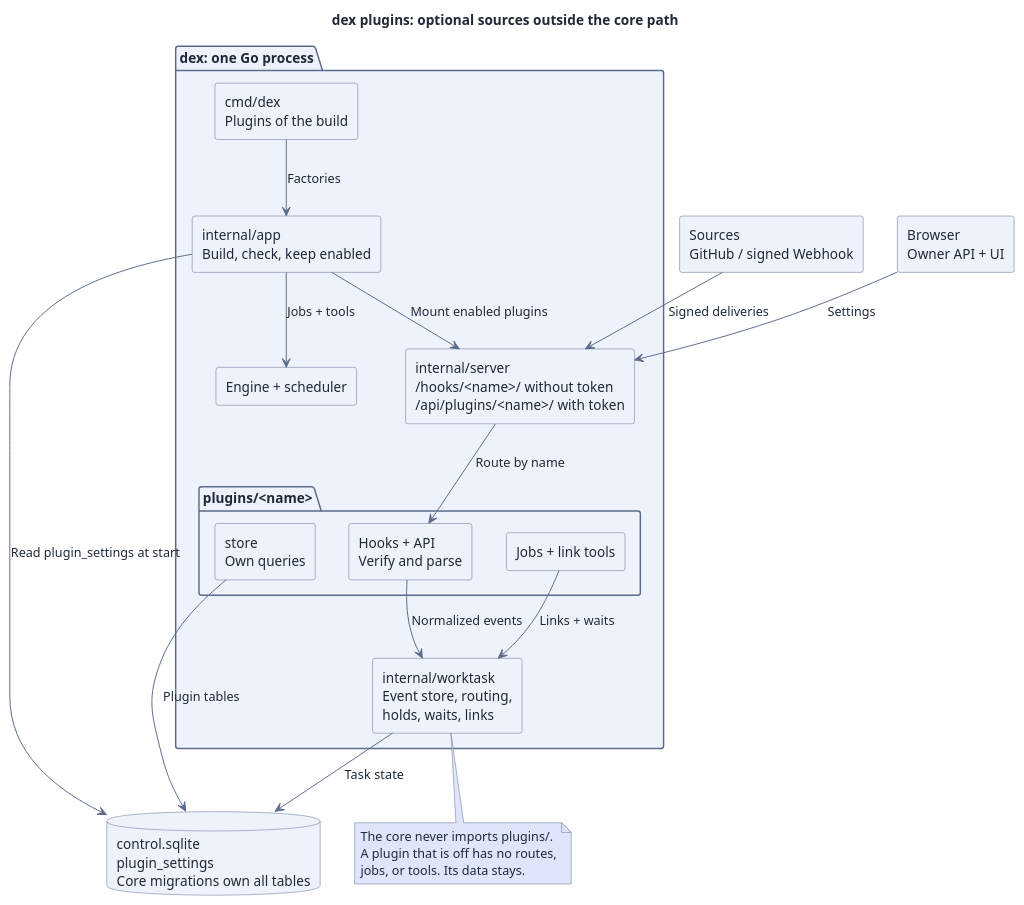
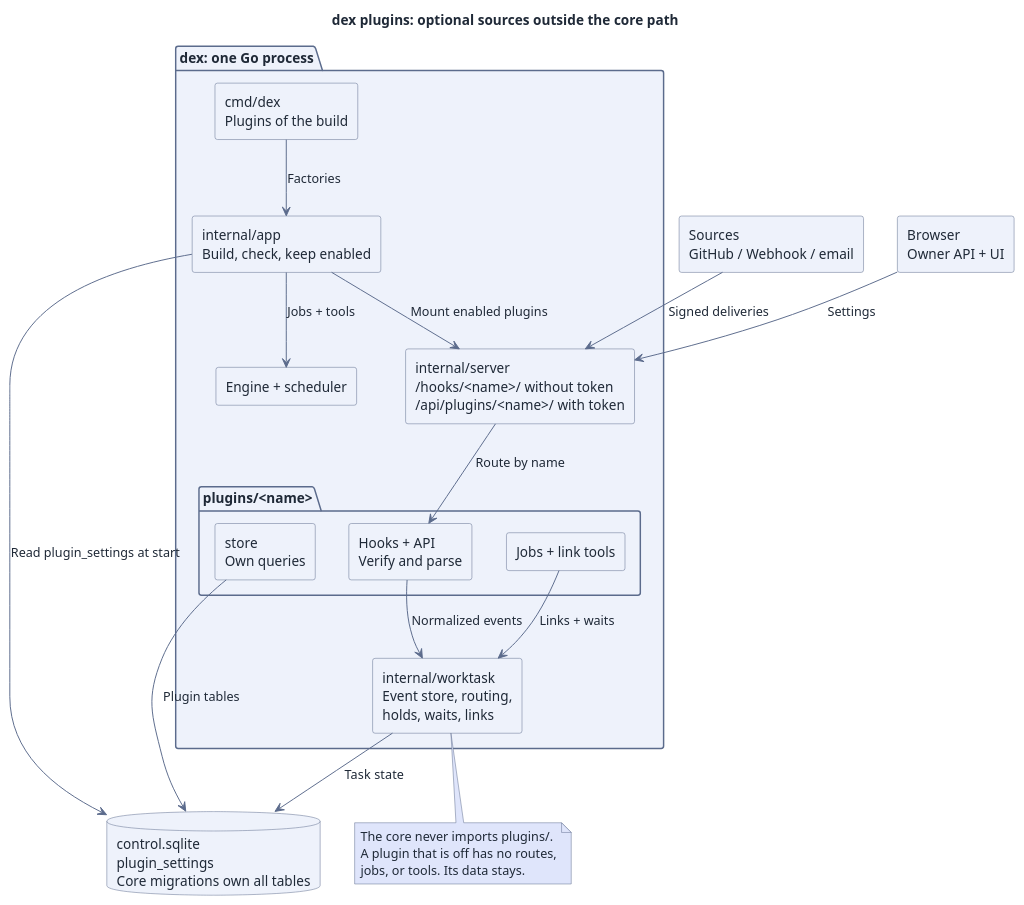
Before and after one commit to recally-io/dex: the diagram in assets/src/plugins.puml, drawn with PlantUML. The commit also changed 27 other files, not shown here.

```diff
--- a/assets/src/plugins.puml
+++ b/assets/src/plugins.puml
@@ -1,85 +1,85 @@
 @startuml
 skinparam RectangleBackgroundColor #eef2fb
 skinparam RectangleBorderColor #5b6b8c
 skinparam RectangleFontColor #1f2937
 skinparam ComponentBackgroundColor #eef2fb
 skinparam ComponentBorderColor #5b6b8c
 skinparam ComponentFontColor #1f2937
 skinparam ClassBackgroundColor #eef2fb
 skinparam ClassBorderColor #5b6b8c
 skinparam ClassFontColor #1f2937
 skinparam UsecaseBackgroundColor #eef2fb
 skinparam UsecaseBorderColor #5b6b8c
 skinparam UsecaseFontColor #1f2937
 skinparam DatabaseBackgroundColor #eef2fb
 skinparam DatabaseBorderColor #5b6b8c
 skinparam DatabaseFontColor #1f2937
 skinparam NodeBackgroundColor #eef2fb
 skinparam NodeBorderColor #5b6b8c
 skinparam NodeFontColor #1f2937
 skinparam ActorBackgroundColor #eef2fb
 skinparam ActorBorderColor #5b6b8c
 skinparam ActorFontColor #1f2937
 skinparam StateBackgroundColor #eef2fb
 skinparam StateBorderColor #5b6b8c
 skinparam StateFontColor #1f2937
 skinparam ArtifactBackgroundColor #eef2fb
 skinparam ArtifactBorderColor #5b6b8c
 skinparam ArtifactFontColor #1f2937
 skinparam CloudBackgroundColor #eef2fb
 skinparam CloudBorderColor #5b6b8c
 skinparam CloudFontColor #1f2937
 skinparam FolderBackgroundColor #eef2fb
 skinparam FolderBorderColor #5b6b8c
 skinparam FolderFontColor #1f2937
 skinparam PackageBackgroundColor #eef2fb
 skinparam PackageBorderColor #5b6b8c
 skinparam DefaultFontColor #1f2937
 skinparam ArrowColor #5b6b8c
 skinparam ArrowFontColor #1f2937
 skinparam NoteBackgroundColor #dfe5fb
 skinparam NoteBorderColor #5b6b8c
 skinparam NoteFontColor #1f2937
 skinparam stereotypeABackgroundColor #d9e3f4
 skinparam stereotypeABorderColor #5b6b8c
 skinparam stereotypeCBackgroundColor #d9e3f4
 skinparam stereotypeCBorderColor #5b6b8c
 skinparam stereotypeEBackgroundColor #d9e3f4
 skinparam stereotypeEBorderColor #5b6b8c
 skinparam stereotypeIBackgroundColor #d9e3f4
 skinparam stereotypeIBorderColor #5b6b8c
 skinparam BackgroundColor #ffffff
 title dex plugins: optional sources outside the core path
 top to bottom direction
-rectangle "Sources\nGitHub / signed Webhook" as sources
+rectangle "Sources\nGitHub / Webhook / email" as sources
 rectangle "Browser\nOwner API + UI" as browser
 package "dex: one Go process" as runtime {
   rectangle "cmd/dex\nPlugins of the build" as cmd
   rectangle "internal/app\nBuild, check, keep enabled" as app
   rectangle "internal/server\n/hooks/<name>/ without token\n/api/plugins/<name>/ with token" as server
   package "plugins/<name>" as plugin {
     rectangle "Hooks + API\nVerify and parse" as handlers
     rectangle "Jobs + link tools" as extras
     rectangle "store\nOwn queries" as pstore
   }
   rectangle "internal/worktask\nEvent store, routing,\nholds, waits, links" as worktask
   rectangle "Engine + scheduler" as core
 }
 database "control.sqlite\nplugin_settings\nCore migrations own all tables" as cdb
 cmd --> app : Factories
 app --> cdb : Read plugin_settings at start
 app --> server : Mount enabled plugins
 app --> core : Jobs + tools
 sources --> server : Signed deliveries
 browser --> server : Settings
 server --> handlers : Route by name
 handlers --> worktask : Normalized events
 extras --> worktask : Links + waits
 pstore --> cdb : Plugin tables
 worktask --> cdb : Task state
 note bottom of worktask
   The core never imports plugins/.
   A plugin that is off has no routes,
   jobs, or tools. Its data stays.
 end note
 @enduml
```
